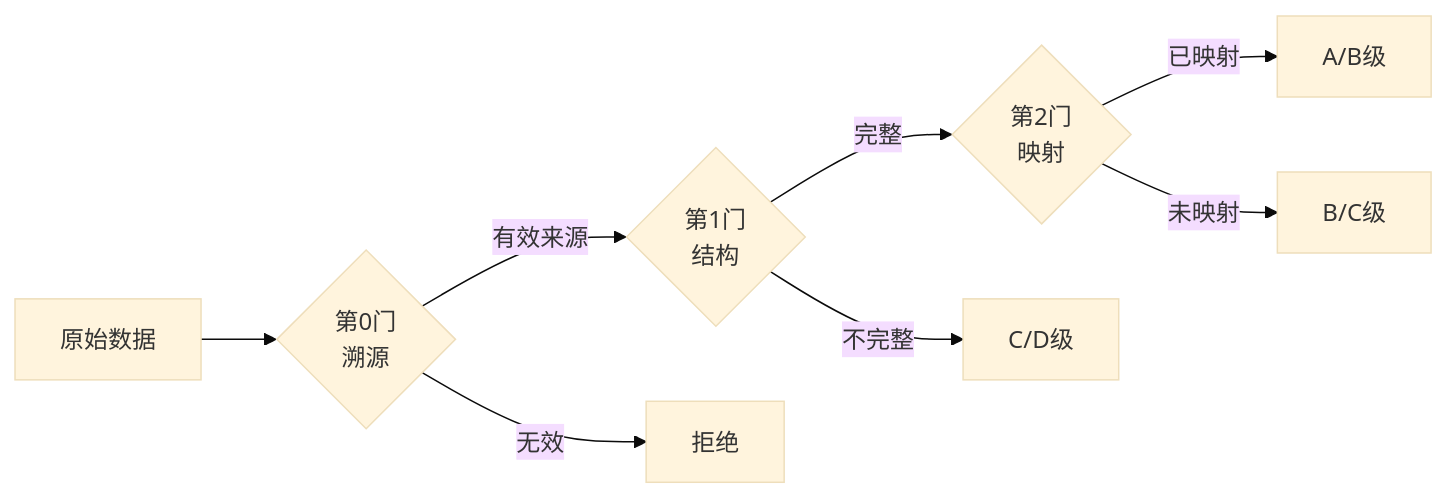
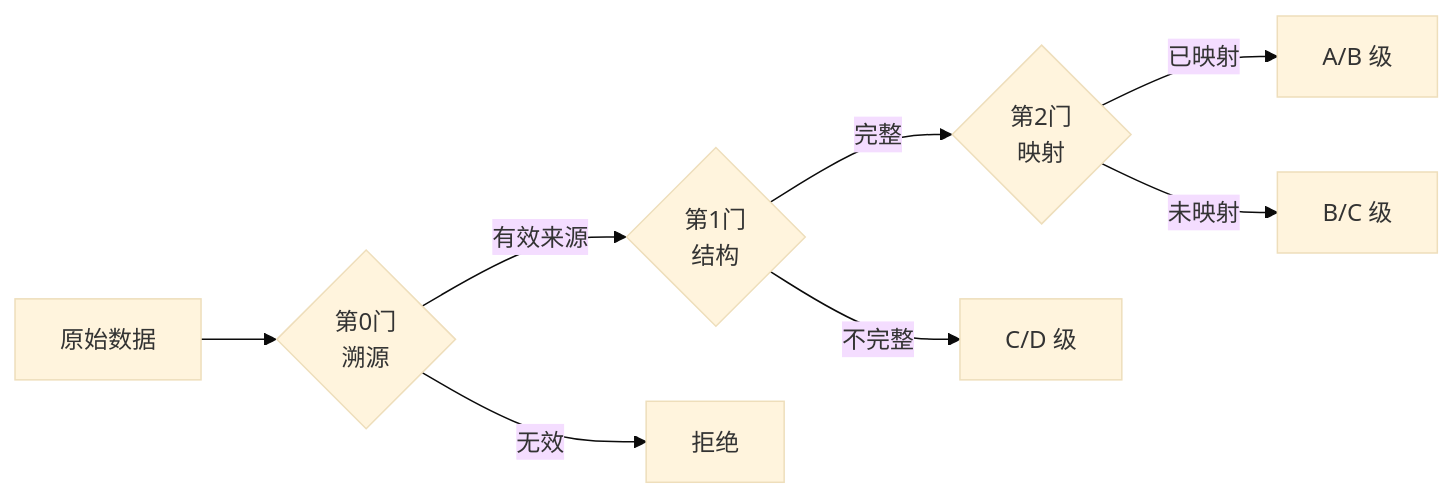
The sixth of 8 diagrams in docs/WHITEPAPER_ZH.md (Chesterguan/HAVEN), drawn with Mermaid (base theme) before and after one commit. The commit also changed other lines of this file and 47 other files, not shown here.

````diff
--- a/docs/WHITEPAPER_ZH.md
+++ b/docs/WHITEPAPER_ZH.md
@@ -420,10 +464,10 @@
 ```mermaid
 graph LR
     A[原始数据] --> G0{第0门<br/>溯源}
     G0 -->|有效来源| G1{第1门<br/>结构}
     G0 -->|无效| X1[拒绝]
     G1 -->|完整| G2{第2门<br/>映射}
-    G1 -->|不完整| X2[C/D级]
-    G2 -->|已映射| OK[A/B级]
-    G2 -->|未映射| X3[B/C级]
+    G1 -->|不完整| X2[C/D 级]
+    G2 -->|已映射| OK[A/B 级]
+    G2 -->|未映射| X3[B/C 级]
 ```
````
